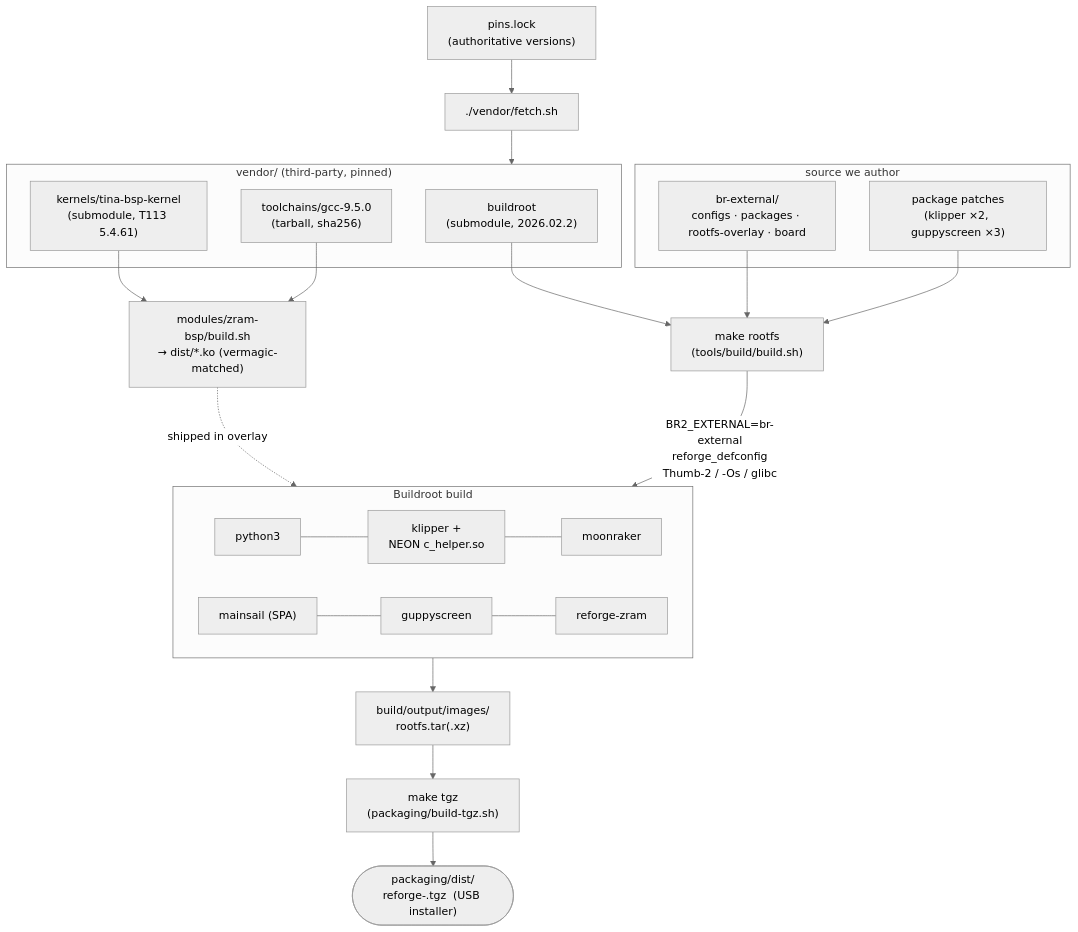
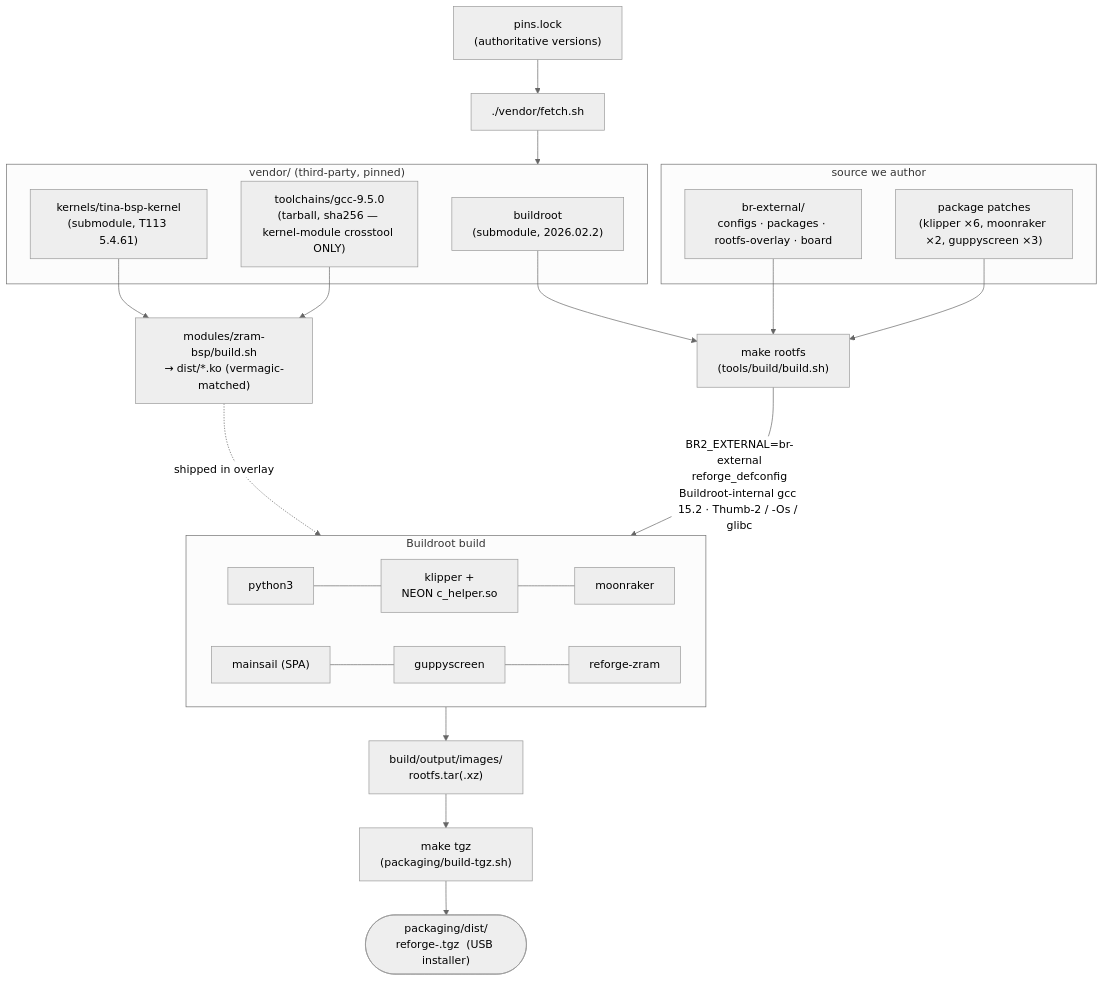
One commit to maci0/reforge changed the first of 2 diagrams in docs/build-process.md. Above: the diagram before and after it, drawn with Mermaid (neutral theme). The commit also changed 29 other files, not shown here.

````diff
--- a/docs/build-process.md
+++ b/docs/build-process.md
@@ -9,35 +9,35 @@
 ```mermaid
 flowchart TB
     PINS["pins.lock<br/>(authoritative versions)"] --> FETCH
 
     subgraph vendor["vendor/ (third-party, pinned)"]
         BR["buildroot<br/>(submodule, 2026.02.2)"]
         BSP["kernels/tina-bsp-kernel<br/>(submodule, T113 5.4.61)"]
-        TC["toolchains/gcc-9.5.0<br/>(tarball, sha256)"]
+        TC["toolchains/gcc-9.5.0<br/>(tarball, sha256 — kernel-module crosstool ONLY)"]
     end
     FETCH["./vendor/fetch.sh"] --> vendor
 
     subgraph src["source we author"]
         EXT["br-external/<br/>configs · packages · rootfs-overlay · board"]
-        PATCH["package patches<br/>(klipper ×2, guppyscreen ×3)"]
+        PATCH["package patches<br/>(klipper ×6, moonraker ×2, guppyscreen ×3)"]
     end
 
     BR --> MK["make rootfs<br/>(tools/build/build.sh)"]
     EXT --> MK
     PATCH --> MK
-    MK -->|"BR2_EXTERNAL=br-external<br/>reforge_defconfig<br/>Thumb-2 / -Os / glibc"| BUILD
+    MK -->|"BR2_EXTERNAL=br-external<br/>reforge_defconfig<br/>Buildroot-internal gcc 15.2 · Thumb-2 / -Os / glibc"| BUILD
 
     subgraph BUILD["Buildroot build"]
         direction LR
         PY["python3"] --- KLP["klipper +<br/>NEON c_helper.so"] --- MOO["moonraker"]
         MAIN["mainsail (SPA)"] --- GUP["guppyscreen"] --- ZR["reforge-zram"]
     end
 
     BUILD --> OUT["build/output/images/<br/>rootfs.tar(.xz)"]
     OUT --> TGZ["make tgz<br/>(packaging/build-tgz.sh)"]
     TGZ --> DIST(["packaging/dist/<br/>reforge-<ver>.tgz  (USB installer)"])
 
     BSP --> ZMOD["modules/zram-bsp/build.sh<br/>→ dist/*.ko (vermagic-matched)"]
     TC --> ZMOD
     ZMOD -. shipped in overlay .-> ZR
 ```
````
